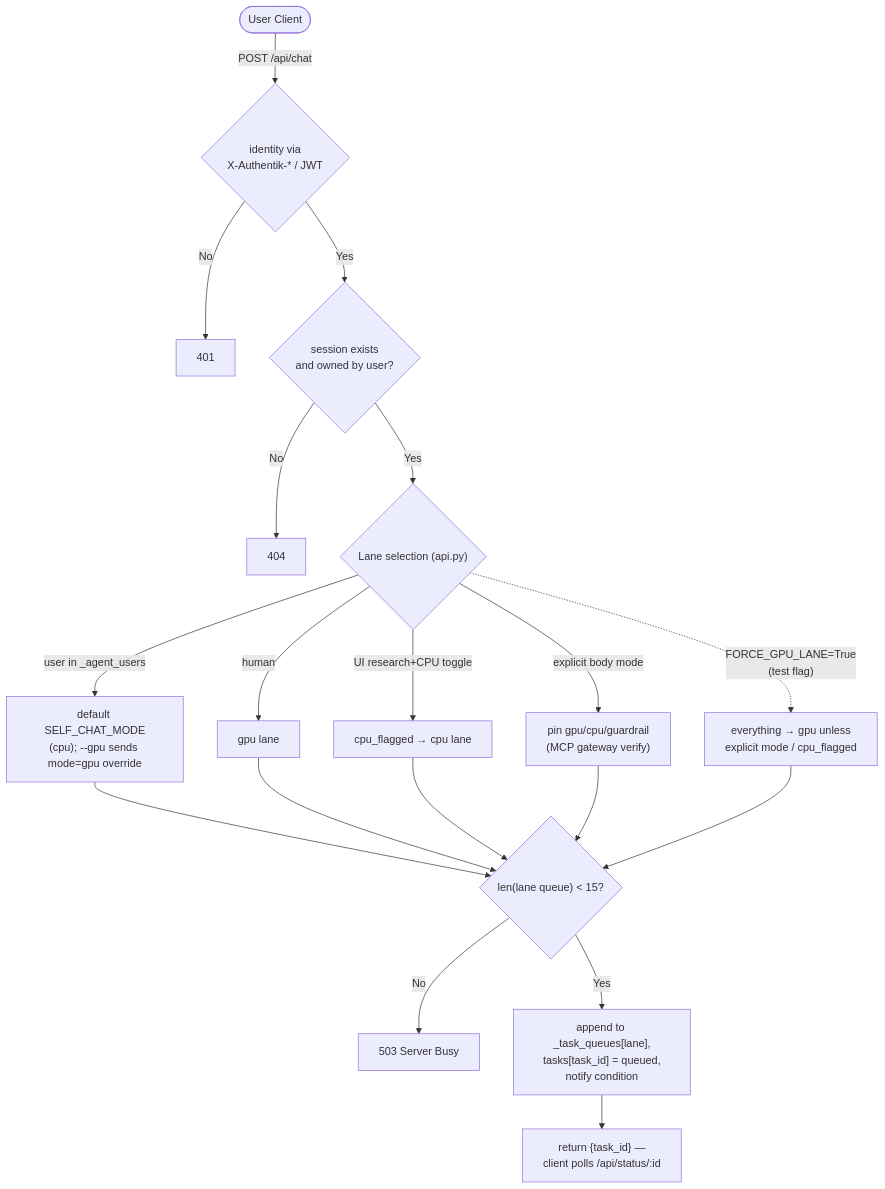
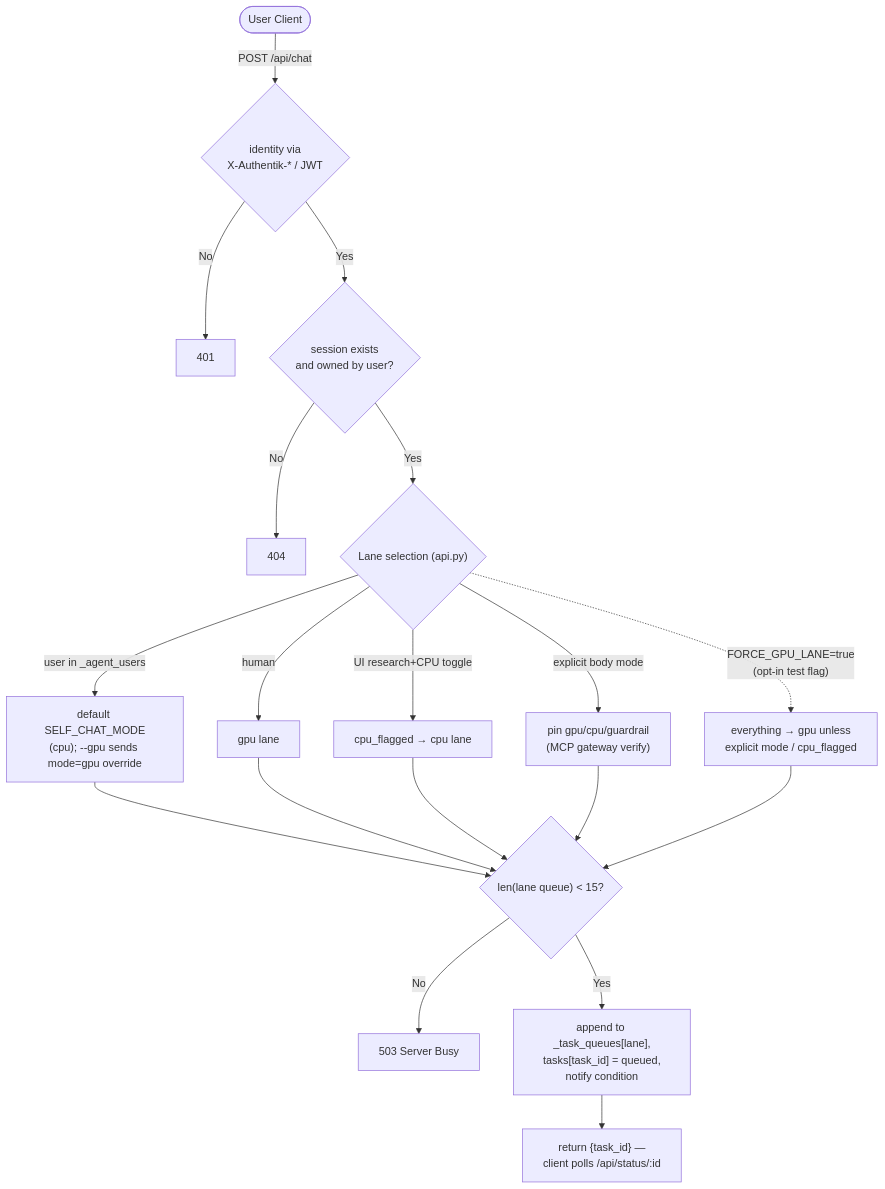
One commit to Palash90/local-ai changed the seventh of 13 diagrams in ARCHITECTURE.md. Above: the diagram before and after it, drawn with Mermaid. The commit also changed other lines of this file and 6 other files, not shown here.

````diff
--- a/ARCHITECTURE.md
+++ b/ARCHITECTURE.md
@@ -280,18 +285,18 @@
 ```mermaid
 graph TD
     Client([User Client]) -->|"POST /api/chat"| AuthCheck{"identity via\nX-Authentik-* / JWT"}
     AuthCheck -- No --> AuthErr[401]
     AuthCheck -- Yes --> SessionCheck{"session exists\nand owned by user?"}
     SessionCheck -- No --> SessionErr[404]
     SessionCheck -- Yes --> Route{"Lane selection (api.py)"}
     Route -->|"user in _agent_users"| AgentLane["default SELF_CHAT_MODE\n(cpu); --gpu sends mode=gpu override"]
     Route -->|"human"| GPULane["gpu lane"]
     Route -->|"UI research+CPU toggle"| CPUMark["cpu_flagged → cpu lane"]
     Route -->|"explicit body mode"| Pin["pin gpu/cpu/guardrail\n(MCP gateway verify)"]
-    Route -.->|"FORCE_GPU_LANE=True\n(test flag)"| ForceAll["everything → gpu unless\nexplicit mode / cpu_flagged"]
+    Route -.->|"FORCE_GPU_LANE=true\n(opt-in test flag)"| ForceAll["everything → gpu unless\nexplicit mode / cpu_flagged"]
     AgentLane & GPULane & CPUMark & Pin --> QueueCheck{"len(lane queue) < 15?"}
     ForceAll --> QueueCheck
     QueueCheck -- No --> Busy503[503 Server Busy]
     QueueCheck -- Yes --> Enqueue["append to _task_queues[lane],\ntasks[task_id] = queued,\nnotify condition"]
     Enqueue --> ReturnTask["return {task_id} —\nclient polls /api/status/:id"]
 ```
````
